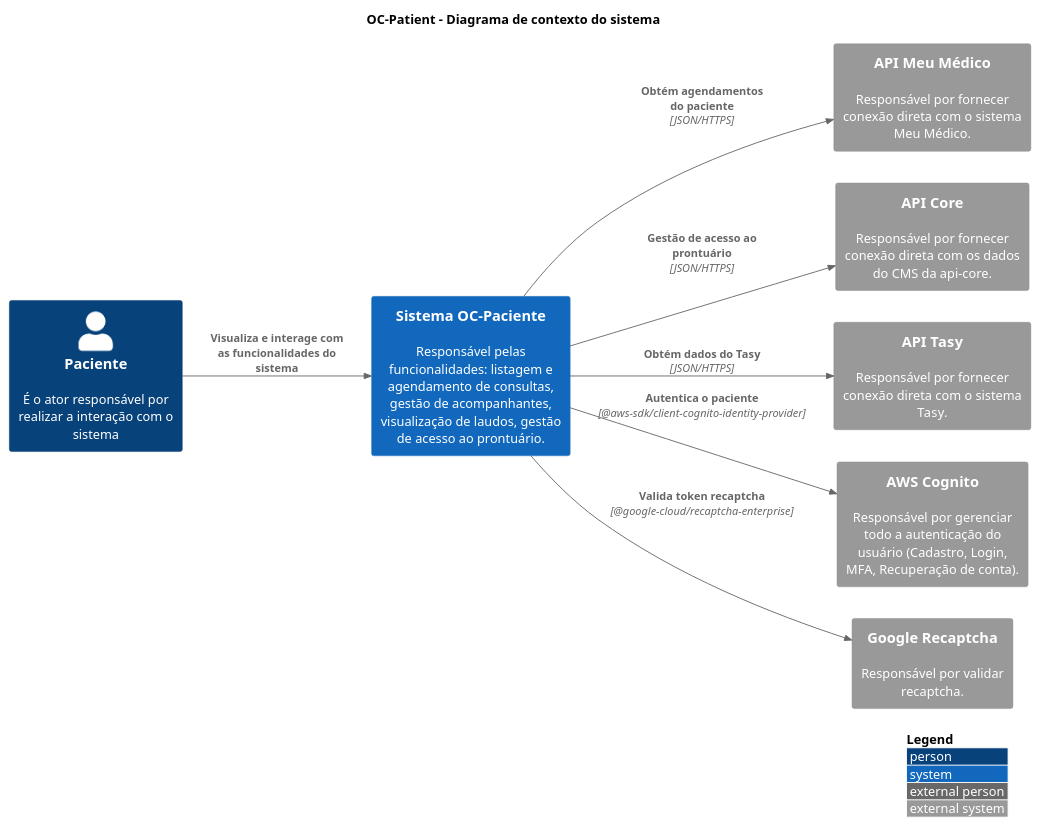
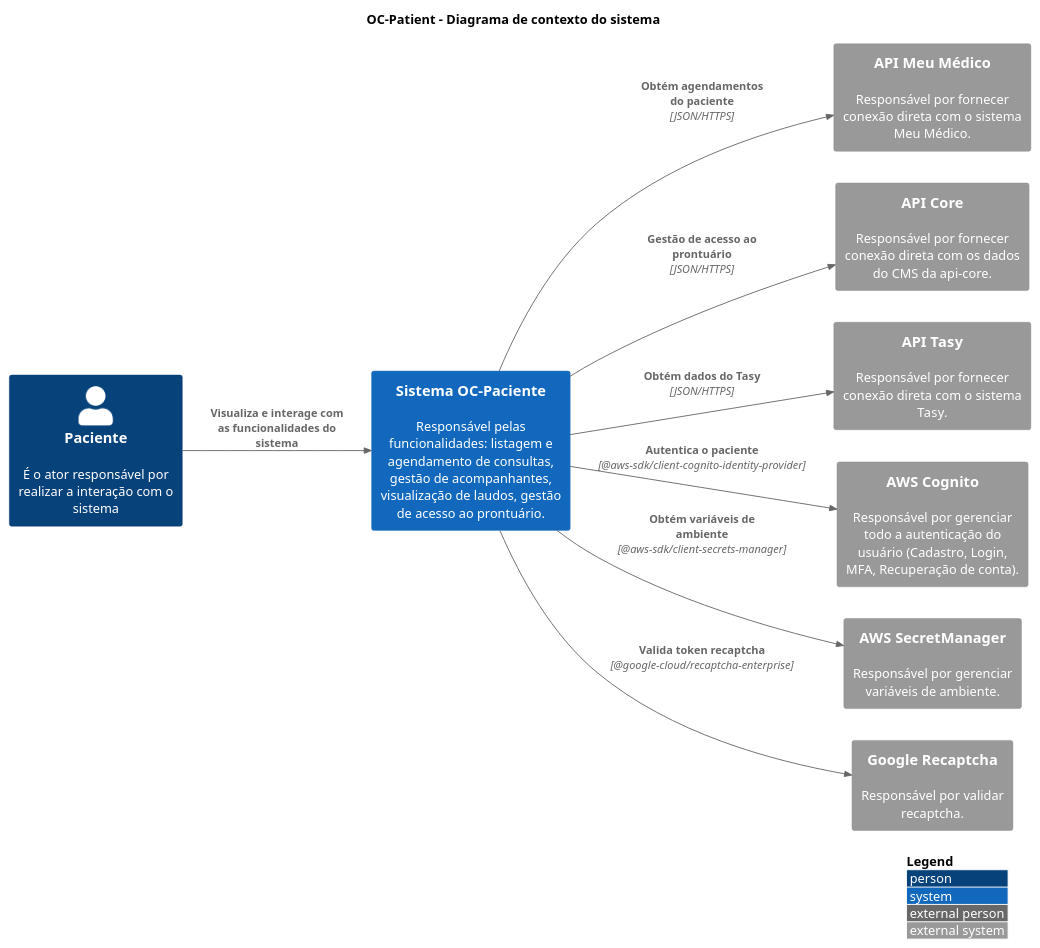
Before and after one commit to luizggbasedigital/poc-oc-docs: the diagram in src/C1. Visão Geral/context.puml, drawn with PlantUML.

Commit message:
docs: add aws secret manager in context diagram

```diff
--- a/src/C1. Visão Geral/context.puml
+++ b/src/C1. Visão Geral/context.puml
@@ -1,33 +1,35 @@
 @startuml "Context Diagram"
 
 title "OC-Patient - Diagrama de contexto do sistema"
 
 !include https://raw.githubusercontent.com/adrianvlupu/C4-PlantUML/latest/C4_Context.puml
 
 LAYOUT_WITH_LEGEND()
 LAYOUT_LEFT_RIGHT()
 
 skinparam backgroundcolor transparent
 
 /'Actors'/
 Person(ActorPatient, "Paciente", "É o ator responsável por realizar a interação com o sistema ")
 
 /'Internal Systems'/
 System(SystemOCPatient, "Sistema OC-Paciente", "Responsável pelas funcionalidades: listagem e agendamento de consultas, gestão de acompanhantes, visualização de laudos, gestão de acesso ao prontuário.")
 
 /'External Systems'/
 System_Ext(SystemMyPhysicianApi, "API Meu Médico", "Responsável por fornecer conexão direta com o sistema Meu Médico.")
 System_Ext(SystemCMSApi, "API Core", "Responsável por fornecer conexão direta com os dados do CMS da api-core.")
 System_Ext(SystemTasyApi, "API Tasy", "Responsável por fornecer conexão direta com o sistema Tasy.")
 System_Ext(SystemAWSCognito, "AWS Cognito", "Responsável por gerenciar todo a autenticação do usuário (Cadastro, Login, MFA, Recuperação de conta).")
+System_Ext(SystemAWSSecretManager, "AWS SecretManager", "Responsável por gerenciar variáveis de ambiente.")
 System_Ext(SystemGoogleRecaptcha, "Google Recaptcha", "Responsável por validar recaptcha.")
 
 /'Relations'/
 Rel(ActorPatient, SystemOCPatient, "Visualiza e interage com as funcionalidades do sistema")
 Rel(SystemOCPatient, SystemGoogleRecaptcha, "Valida token recaptcha", "@google-cloud/recaptcha-enterprise")
 Rel(SystemOCPatient, SystemAWSCognito, "Autentica o paciente", "@aws-sdk/client-cognito-identity-provider")
+Rel(SystemOCPatient, SystemAWSSecretManager, "Obtém variáveis de ambiente", "@aws-sdk/client-secrets-manager")
 Rel(SystemOCPatient, SystemMyPhysicianApi, "Obtém agendamentos do paciente", "JSON/HTTPS")
 Rel(SystemOCPatient, SystemTasyApi, "Obtém dados do Tasy", "JSON/HTTPS")
 Rel(SystemOCPatient, SystemCMSApi, "Gestão de acesso ao prontuário", "JSON/HTTPS")
 
 @enduml
```
